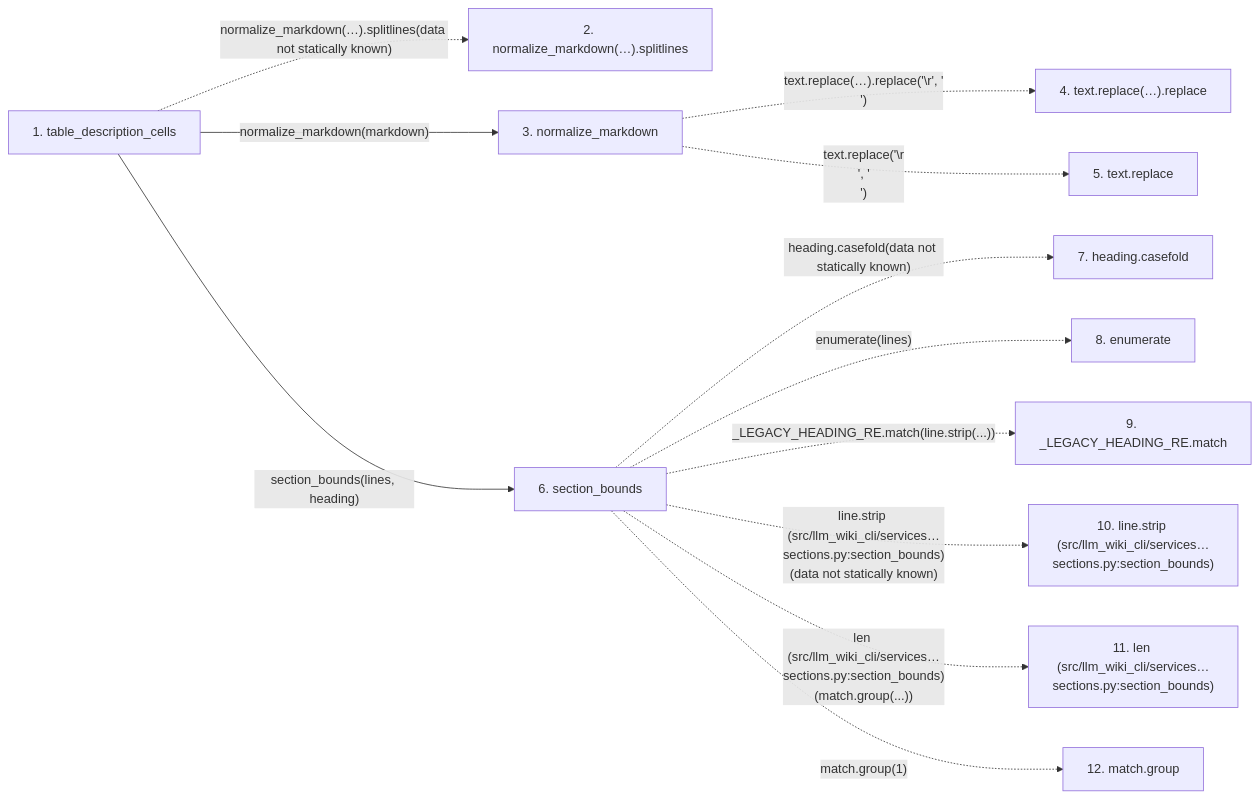
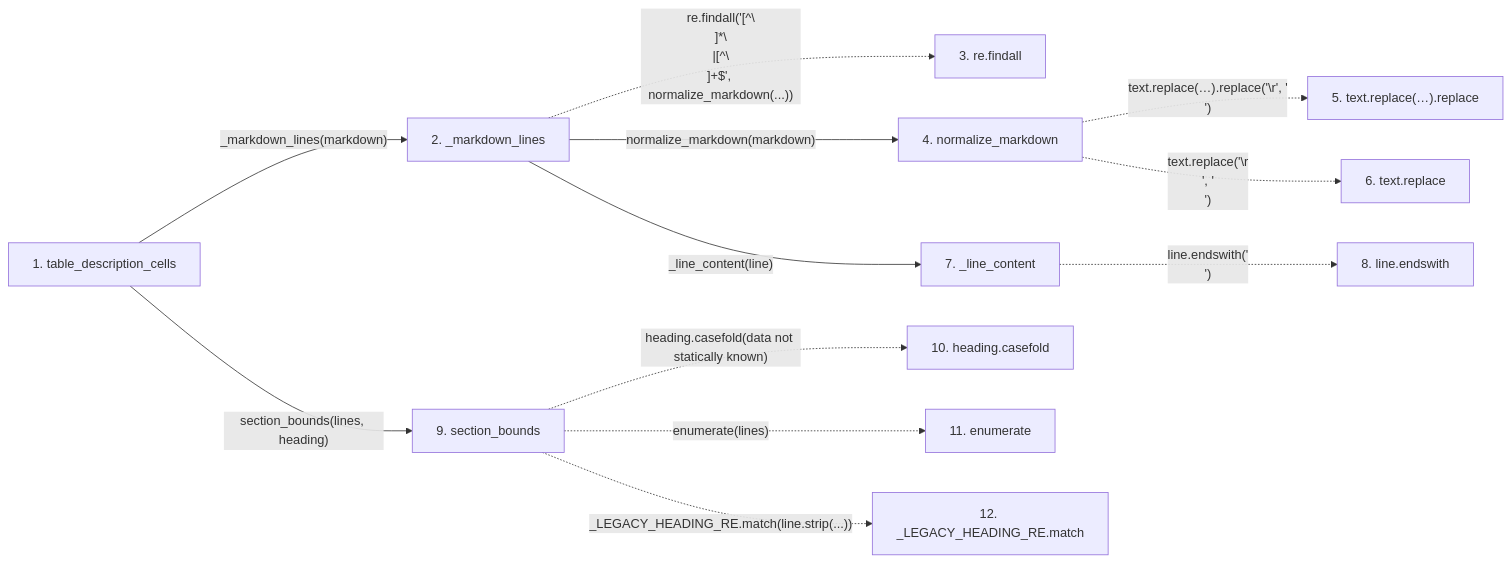
Before and after one commit to Denissvgn/python-wiki-llm: the second of 2 diagrams in docs/llm_wiki/flows/api-table_description_cells.md, drawn with Mermaid. The commit also changed other lines of this file and 292 other files, not shown here.

````diff
--- a/docs/llm_wiki/flows/api-table_description_cells.md
+++ b/docs/llm_wiki/flows/api-table_description_cells.md
@@ -95,29 +97,31 @@
 ```mermaid
 flowchart LR
     s1["1. table_description_cells"]
-    s2["2. normalize_markdown(…).splitlines"]
-    s3["3. normalize_markdown"]
-    s4["4. text.replace(…).replace"]
-    s5["5. text.replace"]
-    s6["6. section_bounds"]
-    s7["7. heading.casefold"]
-    s8["8. enumerate"]
-    s9["9. _LEGACY_HEADING_RE.match"]
-    s10["10. line.strip (src/llm_wiki_cli/services…sections.py:section_bounds)"]
-    s11["11. len (src/llm_wiki_cli/services…sections.py:section_bounds)"]
-    s12["12. match.group"]
-    s1 -. "normalize_markdown(…).splitlines(data not statically known)" .-> s2
-    s1 -->|"normalize_markdown(markdown)"| s3
-    s3 -. "text.replace(…).replace('\r', '\n')" .-> s4
-    s3 -. "text.replace('\r\n', '\n')" .-> s5
-    s1 -->|"section_bounds(lines, heading)"| s6
-    s6 -. "heading.casefold(data not statically known)" .-> s7
-    s6 -. "enumerate(lines)" .-> s8
-    s6 -. "_LEGACY_HEADING_RE.match(line.strip(...))" .-> s9
-    s6 -. "line.strip (src/llm_wiki_cli/services…sections.py:section_bounds)(data not statically known)" .-> s10
-    s6 -. "len (src/llm_wiki_cli/services…sections.py:section_bounds)(match.group(...))" .-> s11
-    s6 -. "match.group(1)" .-> s12
+    s2["2. _markdown_lines"]
+    s3["3. re.findall"]
+    s4["4. normalize_markdown"]
+    s5["5. text.replace(…).replace"]
+    s6["6. text.replace"]
+    s7["7. _line_content"]
+    s8["8. line.endswith"]
+    s9["9. section_bounds"]
+    s10["10. heading.casefold"]
+    s11["11. enumerate"]
+    s12["12. _LEGACY_HEADING_RE.match"]
+    s1 -->|"_markdown_lines(markdown)"| s2
+    s2 -. "re.findall('[^\\n]*\\n|[^\\n]+$', normalize_markdown(...))" .-> s3
+    s2 -->|"normalize_markdown(markdown)"| s4
+    s4 -. "text.replace(…).replace('\r', '\n')" .-> s5
+    s4 -. "text.replace('\r\n', '\n')" .-> s6
+    s2 -->|"_line_content(line)"| s7
+    s7 -. "line.endswith('\n')" .-> s8
+    s1 -->|"section_bounds(lines, heading)"| s9
+    s9 -. "heading.casefold(data not statically known)" .-> s10
+    s9 -. "enumerate(lines)" .-> s11
+    s9 -. "_LEGACY_HEADING_RE.match(line.strip(...))" .-> s12
     click s1 "../modules/markdown_sections.md"
-    click s3 "../modules/markdown_sections.md"
-    click s6 "../modules/markdown_sections.md"
+    click s2 "../modules/markdown_sections.md"
+    click s4 "../modules/markdown_sections.md"
+    click s7 "../modules/markdown_sections.md"
+    click s9 "../modules/markdown_sections.md"
 ```
````
